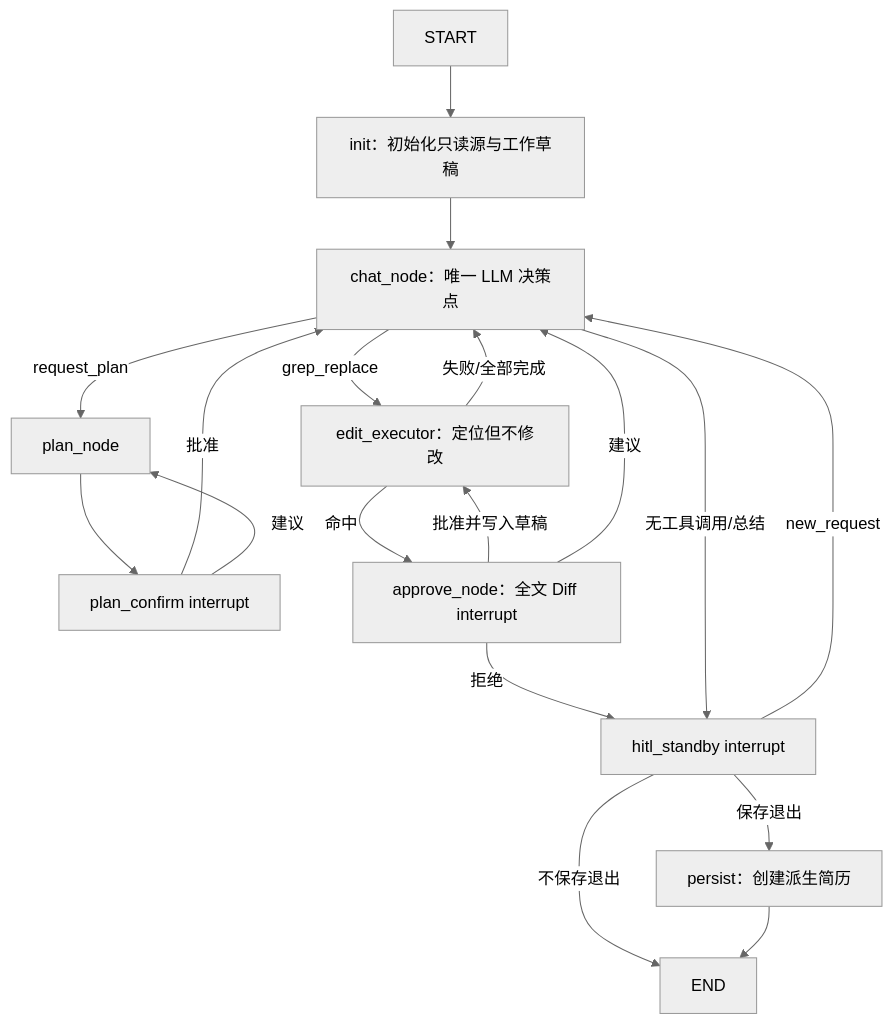
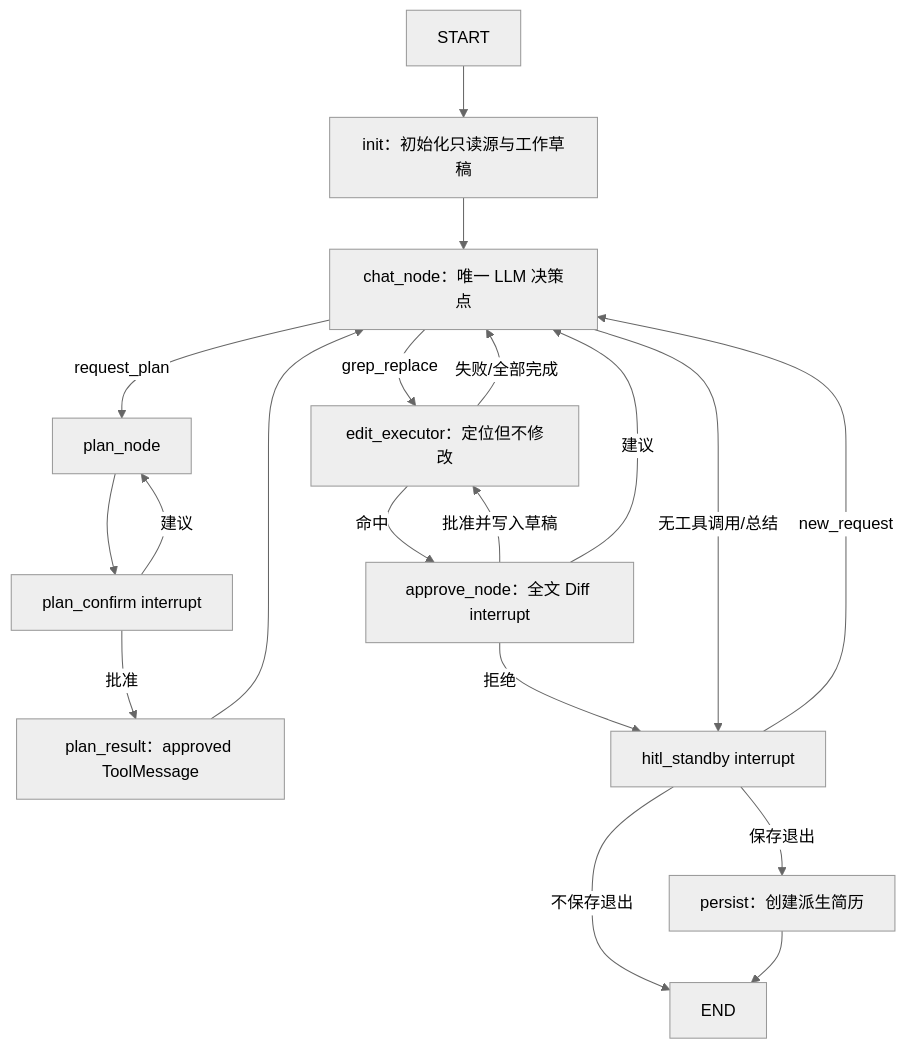
One commit to ShikiNatsume520/InterviewAssistant changed the second of 2 diagrams in docs/简历修改功能前后端数据流报告.md. Above: the diagram before and after it, drawn with Mermaid (neutral theme). The commit also changed other lines of this file and 35 other files, not shown here.

````diff
--- a/docs/简历修改功能前后端数据流报告.md
+++ b/docs/简历修改功能前后端数据流报告.md
@@ -258,20 +413,21 @@
 ```mermaid
 flowchart TD
     START --> INIT["init：初始化只读源与工作草稿"]
     INIT --> CHAT["chat_node：唯一 LLM 决策点"]
     CHAT -->|request_plan| PLAN["plan_node"]
     PLAN --> PLAN_CONFIRM["plan_confirm interrupt"]
-    PLAN_CONFIRM -->|批准| CHAT
+    PLAN_CONFIRM -->|批准| PLAN_RESULT["plan_result：approved ToolMessage"]
+    PLAN_RESULT --> CHAT
     PLAN_CONFIRM -->|建议| PLAN
     CHAT -->|grep_replace| EDIT["edit_executor：定位但不修改"]
     EDIT -->|命中| APPROVE["approve_node：全文 Diff interrupt"]
     EDIT -->|失败/全部完成| CHAT
     APPROVE -->|批准并写入草稿| EDIT
     APPROVE -->|建议| CHAT
     APPROVE -->|拒绝| HITL["hitl_standby interrupt"]
     CHAT -->|无工具调用/总结| HITL
     HITL -->|new_request| CHAT
     HITL -->|保存退出| PERSIST["persist：创建派生简历"]
     HITL -->|不保存退出| END
     PERSIST --> END
 ```
````
